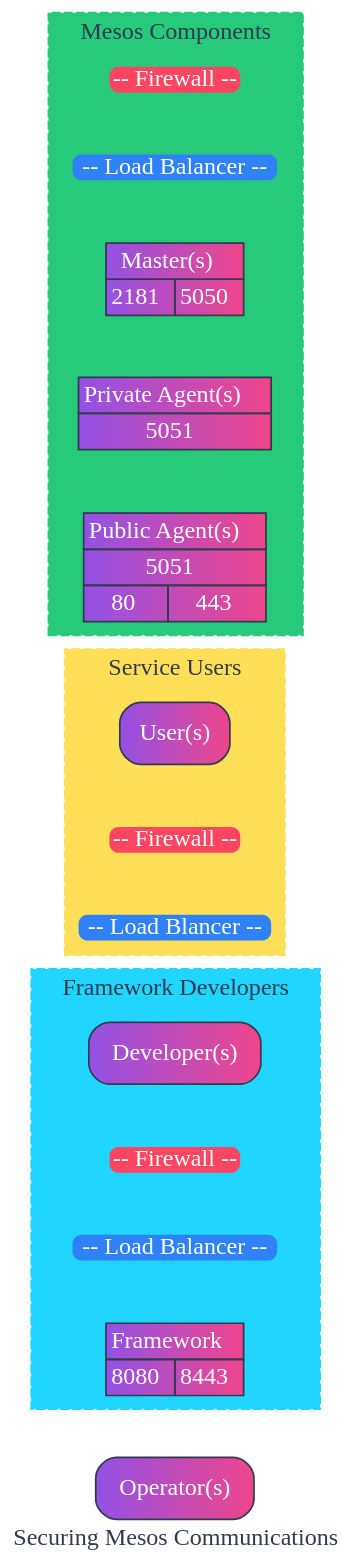
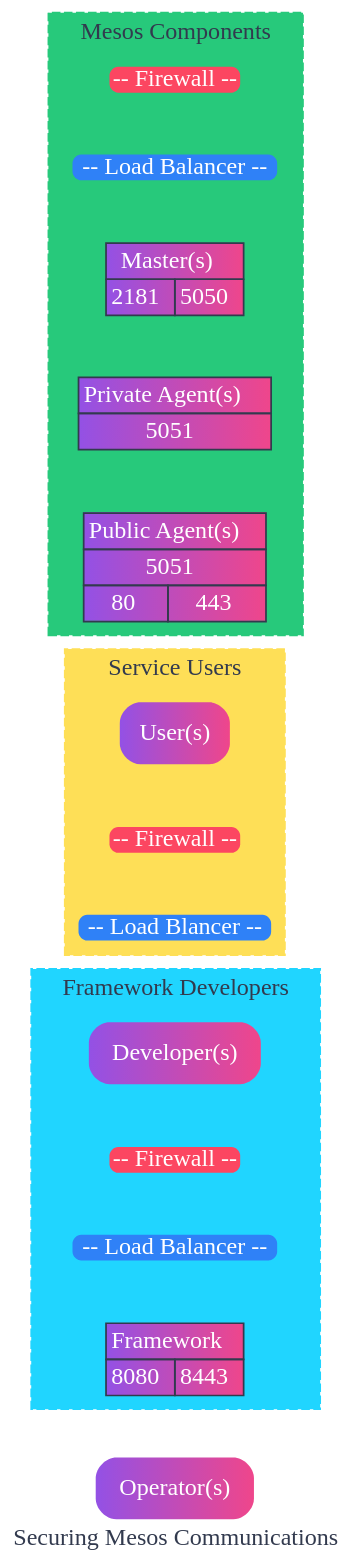
One commit to mesosphere-backup/secure-mesos-workshop changed the diagram in figures/dot/mesos-firewall-1.dot. Above: the diagram before and after it, drawn with Graphviz. The commit also changed 25 other files, not shown here.

```diff
--- a/figures/dot/mesos-firewall-1.dot
+++ b/figures/dot/mesos-firewall-1.dot
@@ -23,7 +23,7 @@
   ]
 
   node [
-    color="#323a4e"
+    color="transparent"
     fillcolor="#9351e5:#ef468b"
     fontcolor="white"
     fontname="Source Sans Pro"
```
